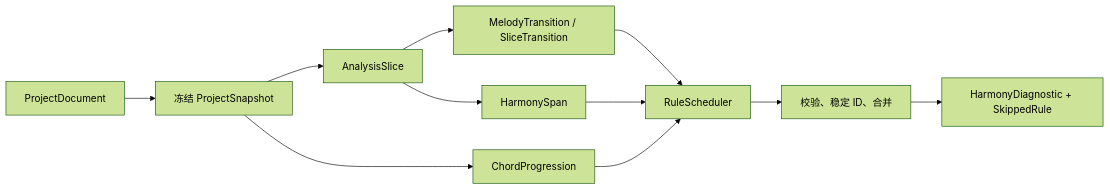
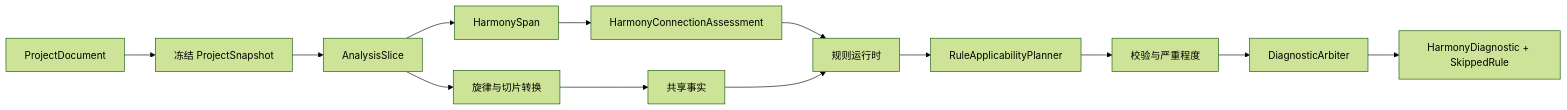
The diagram in Docs/harmony-engine.md (VoidState-1/SATB-Master), drawn with Mermaid (forest theme) before and after one commit. The commit also changed other lines of this file and 46 other files, not shown here.

Commit message:
feat: implement next-generation harmony rule engine

````diff
--- a/Docs/harmony-engine.md
+++ b/Docs/harmony-engine.md
@@ -19,13 +20,15 @@
 ```mermaid
 flowchart LR
   P["ProjectDocument"] --> F["冻结 ProjectSnapshot"]
   F --> S["AnalysisSlice"]
-  S --> T["MelodyTransition / SliceTransition"]
-  F --> C["ChordProgression"]
+  S --> T["旋律与切片转换"]
   S --> H["HarmonySpan"]
-  T --> R["RuleScheduler"]
-  C --> R
-  H --> R
-  R --> V["校验、稳定 ID、合并"]
-  V --> D["HarmonyDiagnostic + SkippedRule"]
+  H --> C["HarmonyConnectionAssessment"]
+  T --> X["共享事实"]
+  C --> R["规则运行时"]
+  X --> R
+  R --> A["RuleApplicabilityPlanner"]
+  A --> V["校验与严重程度"]
+  V --> D["DiagnosticArbiter"]
+  D --> O["HarmonyDiagnostic + SkippedRule"]
 ```
````
